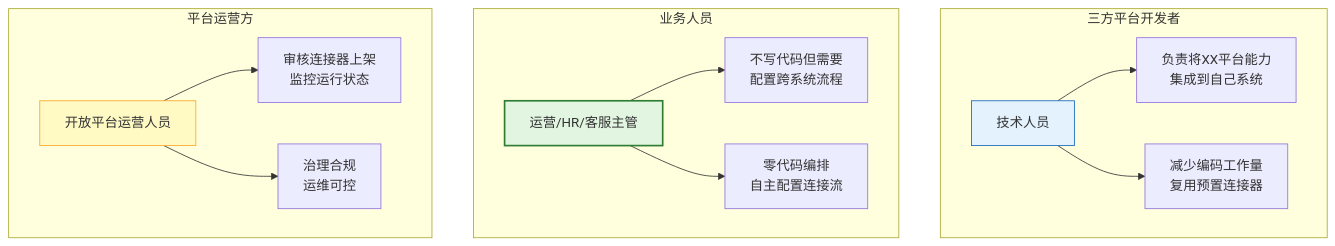
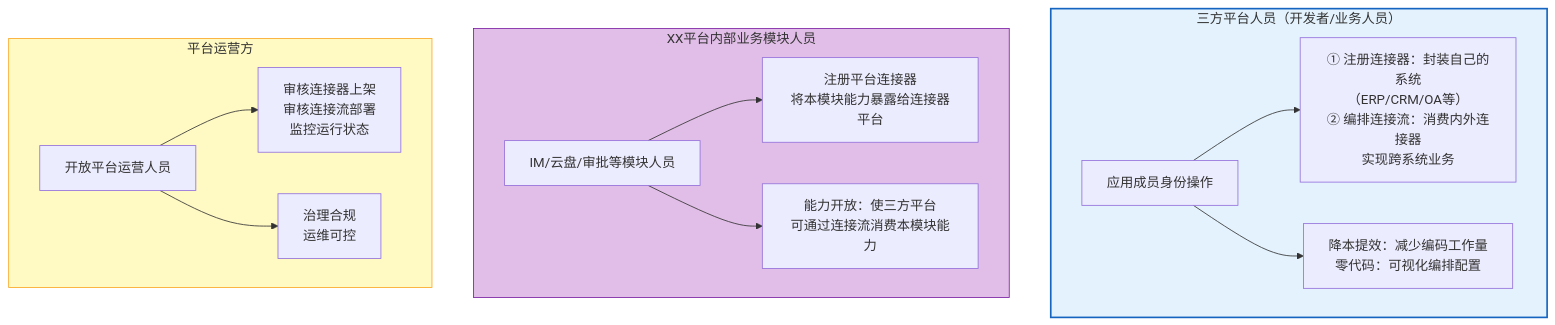
One commit to THZSummer/open-app changed the third of 13 diagrams in .sddu/specs-tree-root/specs-tree-connector-platform/discovery-report.md. Above: the diagram before and after it, drawn with Mermaid. The commit also changed other lines of this file, not shown here.

````diff
--- a/.sddu/specs-tree-root/specs-tree-connector-platform/discovery-report.md
+++ b/.sddu/specs-tree-root/specs-tree-connector-platform/discovery-report.md
@@ -137,31 +136,31 @@
 ```mermaid
 graph TB
-    subgraph Dev["三方平台开发者"]
-        U1[技术人员]
-        U1_Desc[负责将XX平台能力<br/>集成到自己系统]
-        U1_Motive[减少编码工作量<br/>复用预置连接器]
+    subgraph Third["三方平台人员（开发者/业务人员）"]
+        U1[应用成员身份操作]
+        U1_Desc[① 注册连接器：封装自己的系统<br/>（ERP/CRM/OA等）<br/>② 编排连接流：消费内外连接器<br/>实现跨系统业务]
+        U1_Motive[降本提效：减少编码工作量<br/>零代码：可视化编排配置]
     end
     
-    subgraph Biz["业务人员"]
-        U2[运营/HR/客服主管]
-        U2_Desc[不写代码但需要<br/>配置跨系统流程]
-        U2_Motive[零代码编排<br/>自主配置连接流]
+    subgraph Inner["XX平台内部业务模块人员"]
+        U2[IM/云盘/审批等模块人员]
+        U2_Desc[注册平台连接器<br/>将本模块能力暴露给连接器平台]
+        U2_Motive[能力开放：使三方平台<br/>可通过连接流消费本模块能力]
     end
     
     subgraph Operator["平台运营方"]
         U3[开放平台运营人员]
-        U3_Desc[审核连接器上架<br/>监控运行状态]
+        U3_Desc[审核连接器上架<br/>审核连接流部署<br/>监控运行状态]
         U3_Motive[治理合规<br/>运维可控]
     end
     
     U1 --> U1_Desc
     U1 --> U1_Motive
     U2 --> U2_Desc
     U2 --> U2_Motive
     U3 --> U3_Desc
     U3 --> U3_Motive
     
-    style U2 fill:#e1f5e1,stroke:#2e7d32,stroke-width:2px
-    style U1 fill:#e3f2fd,stroke:#1565c0
-    style U3 fill:#fff9c4,stroke:#f9a825
+    style Third fill:#e3f2fd,stroke:#1565c0,stroke-width:2px
+    style Inner fill:#e1bee7,stroke:#7b1fa2
+    style Operator fill:#fff9c4,stroke:#f9a825
 ```
````
